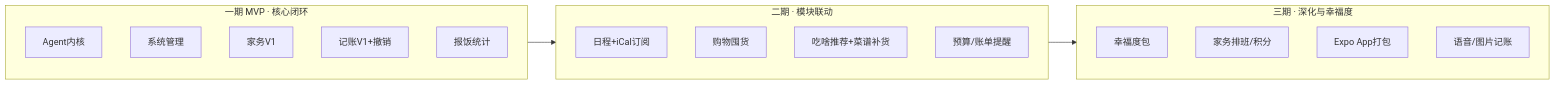
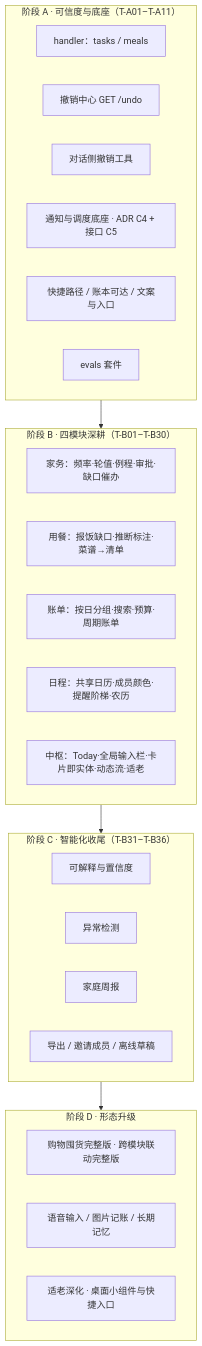
One commit to mk20mm/homeagent changed the diagram in docs/ui/roadmap-iterations.md. Above: the diagram before and after it, drawn with Mermaid. The commit also changed other lines of this file and 30 other files, not shown here.

First line of the commit message:
docs: 产品研究三份 + AI-PRD §10 + ADR-006 + 计划与地图

````diff
--- a/docs/ui/roadmap-iterations.md
+++ b/docs/ui/roadmap-iterations.md
@@ -3,23 +11,30 @@
 ```mermaid
-flowchart LR
-    subgraph V1["一期 MVP · 核心闭环"]
-        A1[Agent内核]
-        A2[系统管理]
-        A3[家务V1]
-        A4[记账V1+撤销]
-        A5[报饭统计]
+flowchart TB
+    subgraph A["阶段 A · 可信度与底座（T-A01–T-A11）"]
+        A1[handler：tasks / meals]
+        A2[撤销中心 GET /undo]
+        A3[对话侧撤销工具]
+        A4[通知与调度底座 · ADR C4 + 接口 C5]
+        A5[快捷路径 / 账本可达 / 文案与入口]
+        A6[evals 套件]
     end
-    subgraph V2["二期 · 模块联动"]
-        B1[日程+iCal订阅]
-        B2[购物囤货]
-        B3[吃啥推荐+菜谱补货]
-        B4[预算/账单提醒]
+    subgraph B["阶段 B · 四模块深耕（T-B01–T-B30）"]
+        B1[家务：频率·轮值·例程·审批·缺口催办]
+        B2[用餐：报饭缺口·推断标注·菜谱→清单]
+        B3[账单：按日分组·搜索·预算·周期账单]
+        B4[日程：共享日历·成员颜色·提醒阶梯·农历]
+        B5[中枢：Today·全局输入栏·卡片即实体·动态流·适老]
     end
-    subgraph V3["三期 · 深化与幸福度"]
-        C1[幸福度包]
-        C2[家务排班/积分]
-        C3[Expo App打包]
-        C4[语音/图片记账]
+    subgraph C["阶段 C · 智能化收尾（T-B31–T-B36）"]
+        C1[可解释与置信度]
+        C2[异常检测]
+        C3[家庭周报]
+        C4[导出 / 邀请成员 / 离线草稿]
     end
-    V1 --> V2 --> V3
+    subgraph D["阶段 D · 形态升级"]
+        D1[购物囤货完整版 · 跨模块联动完整版]
+        D2[语音输入 / 图片记账 / 长期记忆]
+        D3[适老深化 · 桌面小组件与快捷入口]
+    end
+    A --> B --> C --> D
 ```
````
